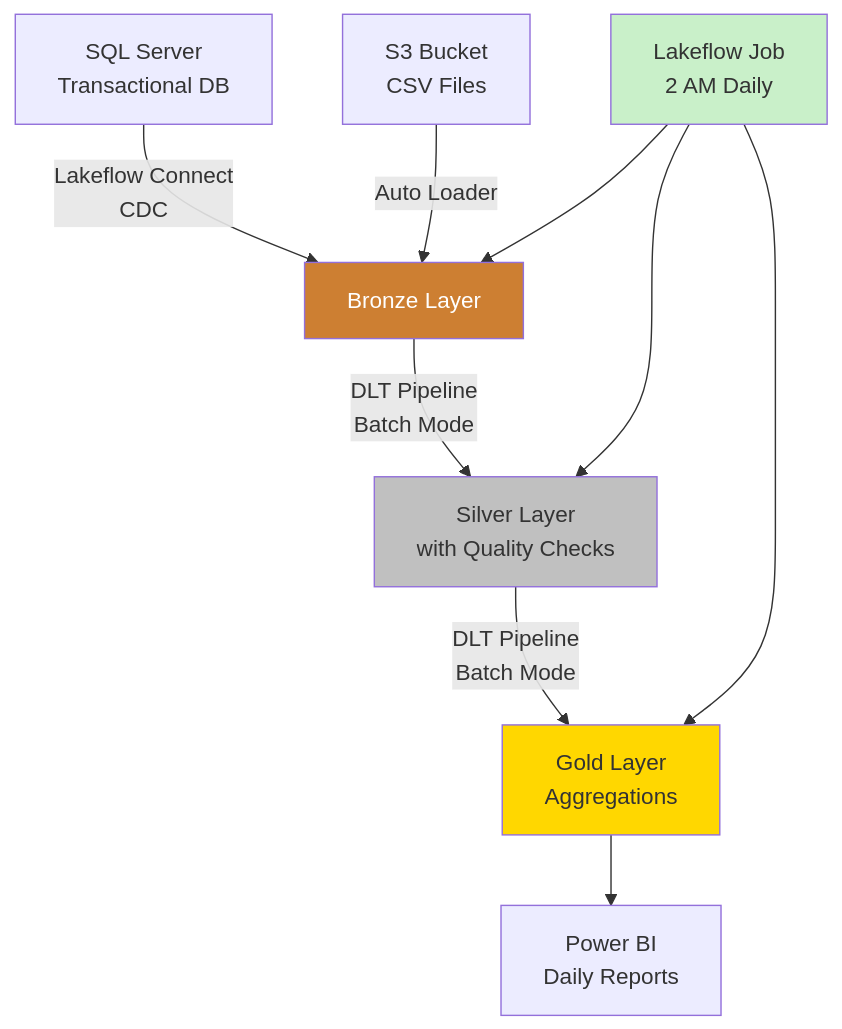
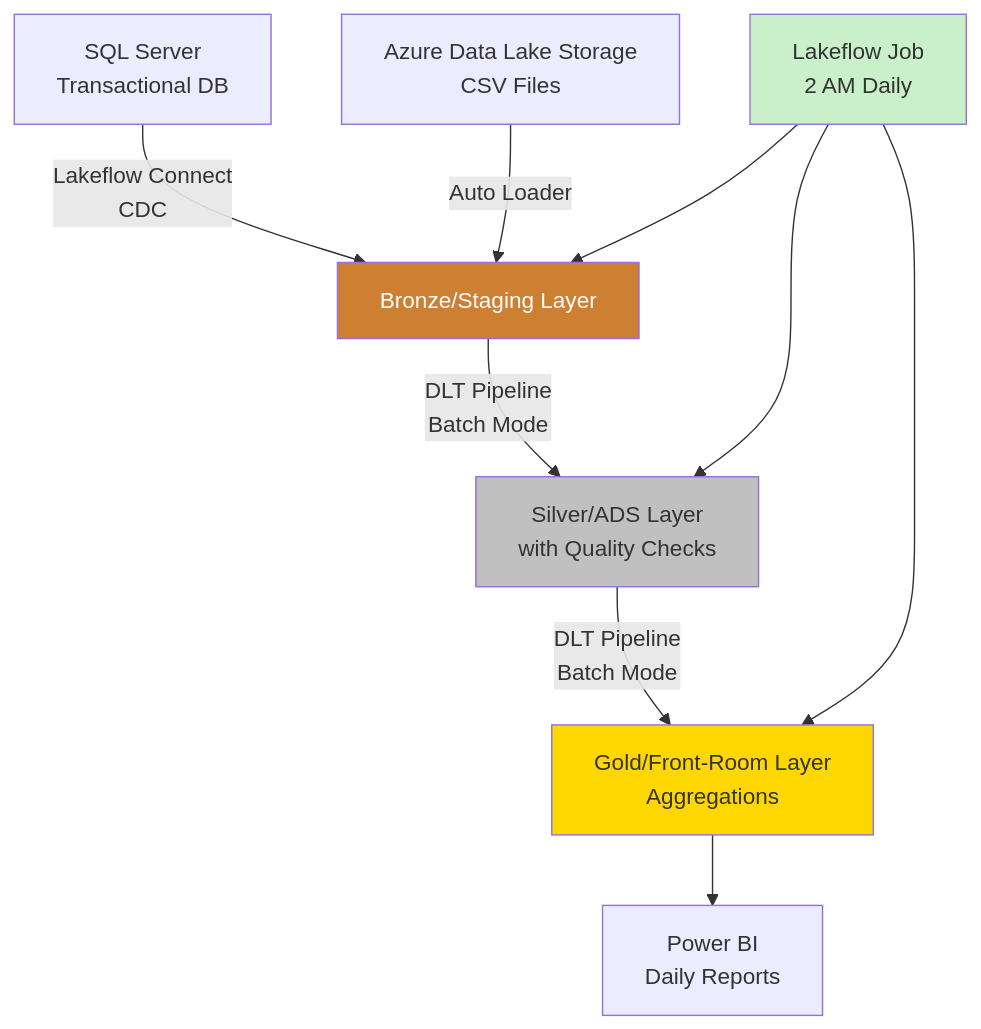
Before and after one commit to PlainsightPro/Vision-Playbook: the eighth of 8 diagrams in Technical Guideline Ops/Databricks Best-Practices/Lakeflow ETL Guide.md, drawn with Mermaid. The commit also changed other lines of this file and 40 other files, not shown here.

````diff
--- a/Technical Guideline Ops/Databricks Best-Practices/Lakeflow ETL Guide.md
+++ b/Technical Guideline Ops/Databricks Best-Practices/Lakeflow ETL Guide.md
@@ -631,19 +612,19 @@
 ```mermaid
 %%{init: { "flowchart": { "useMaxWidth": true } } }%%
 flowchart TD
-    A[SQL Server<br/>Transactional DB] -->|Lakeflow Connect<br/>CDC| B[Bronze Layer]
-    C[S3 Bucket<br/>CSV Files] -->|Auto Loader| B
+    A[SQL Server<br/>Transactional DB] -->|Lakeflow Connect<br/>CDC| B[Bronze/Staging Layer]
+    C[Azure Data Lake Storage<br/>CSV Files] -->|Auto Loader| B
     
-    B -->|DLT Pipeline<br/>Batch Mode| D[Silver Layer<br/>with Quality Checks]
-    D -->|DLT Pipeline<br/>Batch Mode| E[Gold Layer<br/>Aggregations]
+    B -->|DLT Pipeline<br/>Batch Mode| D[Silver/ADS Layer<br/>with Quality Checks]
+    D -->|DLT Pipeline<br/>Batch Mode| E[Gold/Front-Room Layer<br/>Aggregations]
     E --> F[Power BI<br/>Daily Reports]
     
     G[Lakeflow Job<br/>2 AM Daily] --> B
     G --> D
     G --> E
     
     style B fill:#cd7f32,color:#fff
     style D fill:#c0c0c0
     style E fill:#ffd700
     style G fill:#c9f0c9
 ```
````
